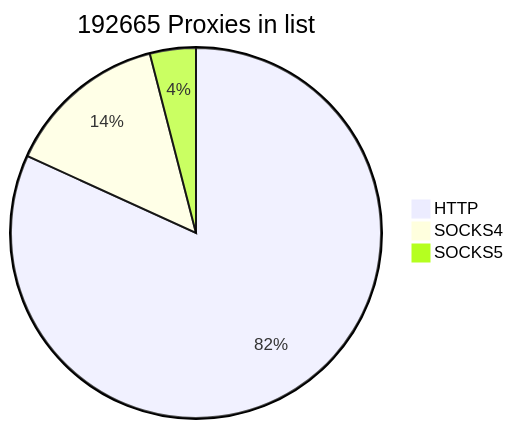
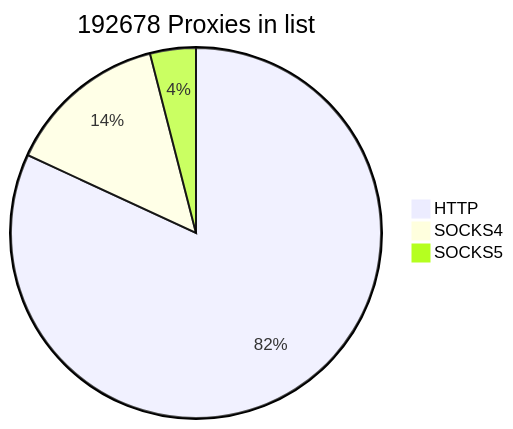
One commit to cutipu/proxylist changed the first of 2 diagrams in README.md. Above: the diagram before and after it, drawn with Mermaid. The commit also changed other lines of this file, not shown here.

````diff
--- a/README.md
+++ b/README.md
@@ -2,7 +2,7 @@
 ```mermaid
-pie title 192665 Proxies in list
-    "HTTP" : 157627
-    "SOCKS4" : 27306
-    "SOCKS5" : 7732
+pie title 192678 Proxies in list
+    "HTTP" : 157806
+    "SOCKS4" : 27167
+    "SOCKS5" : 7705
             
 ```
````
